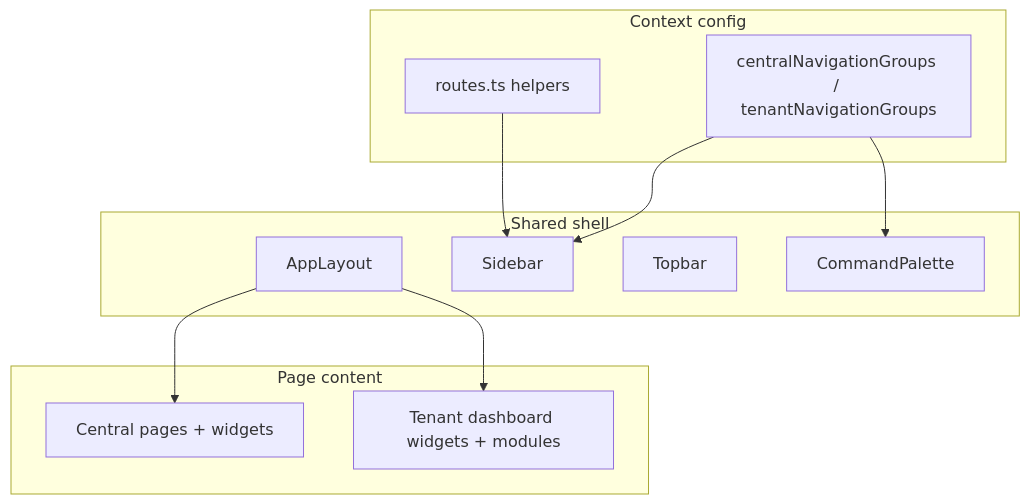
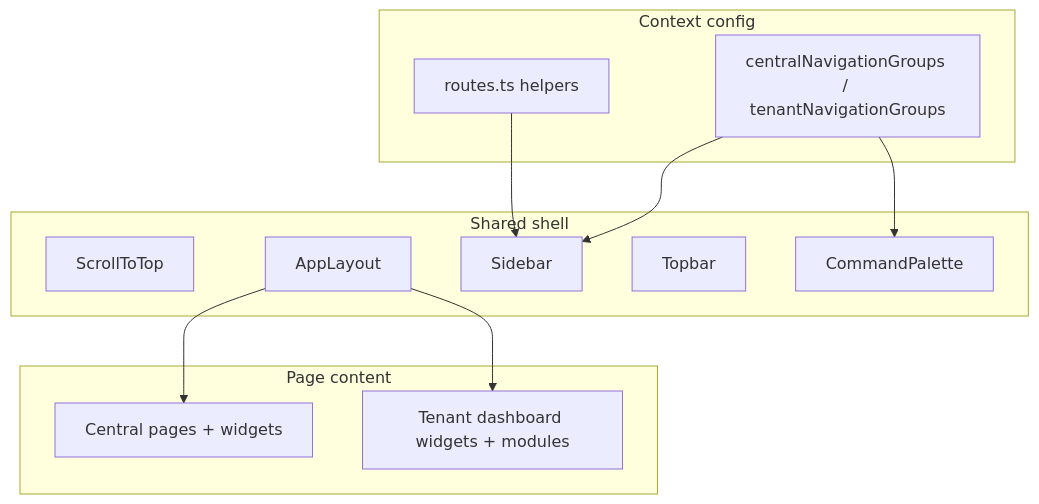
One commit to DiligentCreators/EloSync-Docs changed the diagram in docs/developer-guide/shared-ui.md. Above: the diagram before and after it, drawn with Mermaid. The commit also changed other lines of this file and 4 other files, not shown here.

Commit message:
Document SPA scroll-to-top on module navigation.

````diff
--- a/docs/developer-guide/shared-ui.md
+++ b/docs/developer-guide/shared-ui.md
@@ -26,25 +26,26 @@
 ```mermaid
 flowchart TB
   subgraph shared [Shared shell]
+    ScrollToTop
     AppLayout
     Sidebar
     Topbar
     CommandPalette
   end
 
   subgraph config [Context config]
     Routes["routes.ts helpers"]
     Nav["centralNavigationGroups / tenantNavigationGroups"]
   end
 
   subgraph pages [Page content]
     CentralPages["Central pages + widgets"]
     TenantPages["Tenant dashboard widgets + modules"]
   end
 
   Routes --> Sidebar
   Nav --> Sidebar
   Nav --> CommandPalette
   AppLayout --> CentralPages
   AppLayout --> TenantPages
 ```
````
